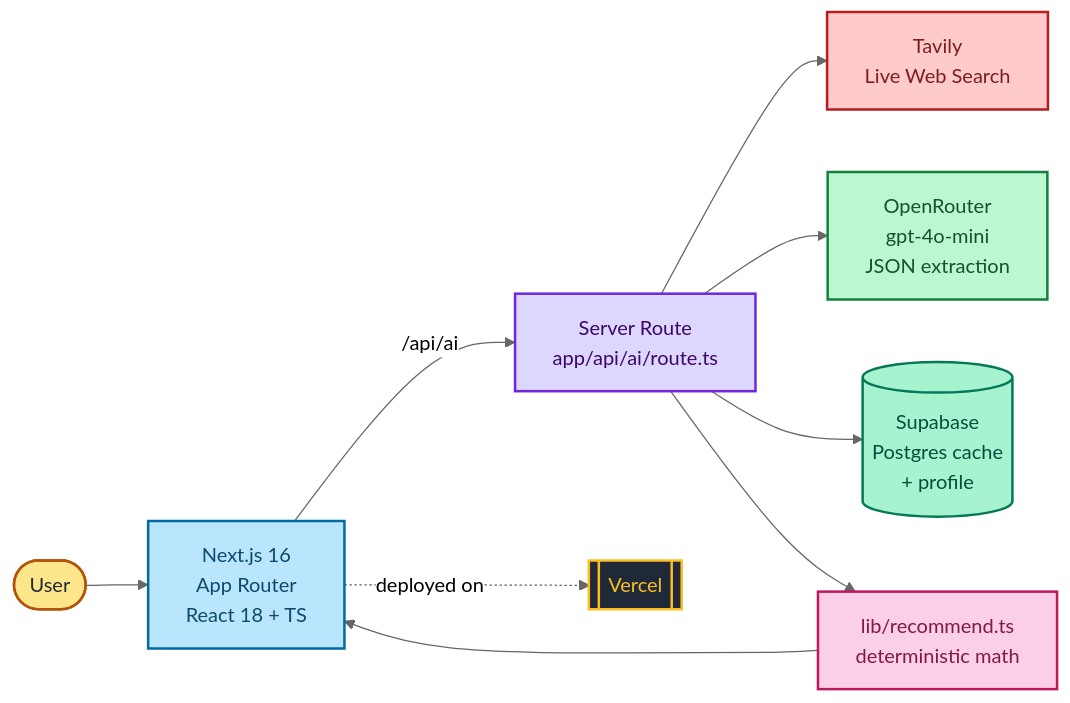
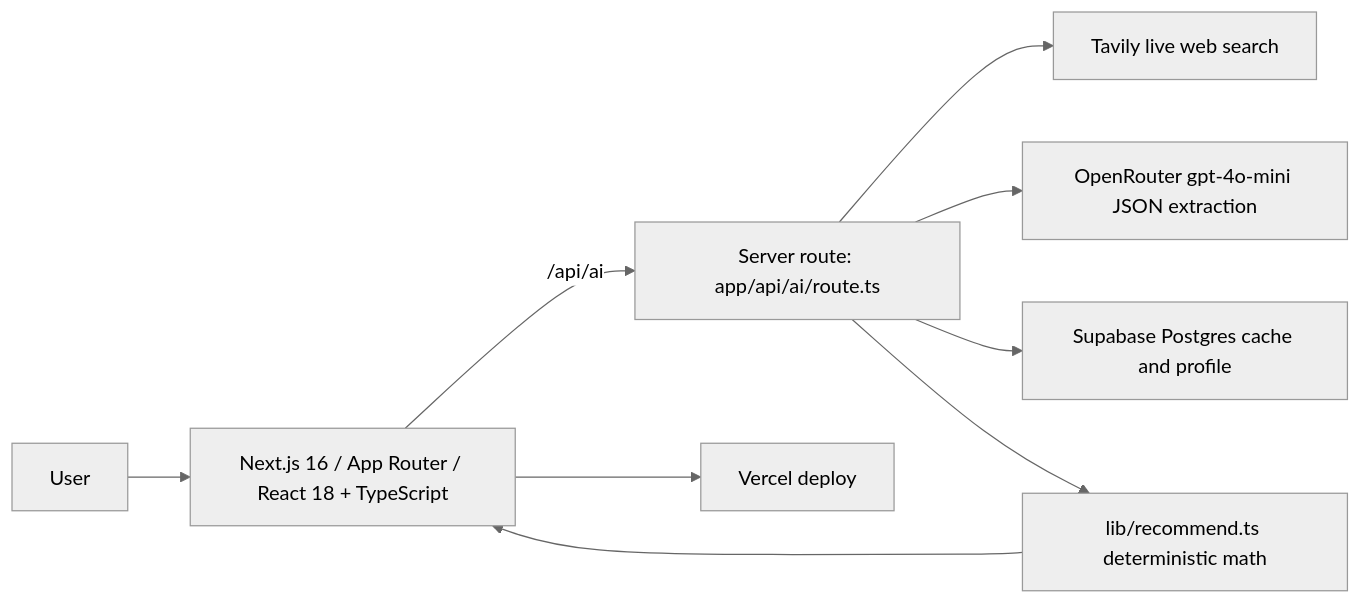
One commit to gwaghmar/pointspilot changed the diagram in README.md. Above: the diagram before and after it, drawn with Mermaid (neutral theme). The commit also changed 1 other file, not shown here.

Commit message:
Fix GitHub README diagram rendering

````diff
--- a/README.md
+++ b/README.md
@@ -16,20 +16,11 @@
 ```mermaid
 flowchart LR
-    User([User]):::user --> Next[Next.js 16<br/>App Router<br/>React 18 + TS]:::frontend
-    Next -->|/api/ai| API[Server Route<br/>app/api/ai/route.ts]:::api
-    API --> Tavily[Tavily<br/>Live Web Search]:::search
-    API --> LLM[OpenRouter<br/>gpt-4o-mini<br/>JSON extraction]:::ai
-    API --> Supa[(Supabase<br/>Postgres cache<br/>+ profile)]:::db
-    API --> Rec[lib/recommend.ts<br/>deterministic math]:::logic
+    User["User"] --> Next["Next.js 16 / App Router / React 18 + TypeScript"]
+    Next -->|"/api/ai"| API["Server route: app/api/ai/route.ts"]
+    API --> Tavily["Tavily live web search"]
+    API --> LLM["OpenRouter gpt-4o-mini JSON extraction"]
+    API --> Supa["Supabase Postgres cache and profile"]
+    API --> Rec["lib/recommend.ts deterministic math"]
     Rec --> Next
-    Next -.deployed on.-> Vercel[[Vercel]]:::host
-
-    classDef user fill:#fde68a,stroke:#b45309,stroke-width:2px,color:#1f2937
-    classDef frontend fill:#bae6fd,stroke:#0369a1,stroke-width:2px,color:#0c4a6e
-    classDef api fill:#ddd6fe,stroke:#6d28d9,stroke-width:2px,color:#3b0764
-    classDef search fill:#fecaca,stroke:#b91c1c,stroke-width:2px,color:#7f1d1d
-    classDef ai fill:#bbf7d0,stroke:#15803d,stroke-width:2px,color:#14532d
-    classDef db fill:#a7f3d0,stroke:#047857,stroke-width:2px,color:#064e3b
-    classDef logic fill:#fbcfe8,stroke:#be185d,stroke-width:2px,color:#831843
-    classDef host fill:#1f2937,stroke:#fbbf24,stroke-width:2px,color:#fbbf24
+    Next --> Vercel["Vercel deploy"]
 ```
````
